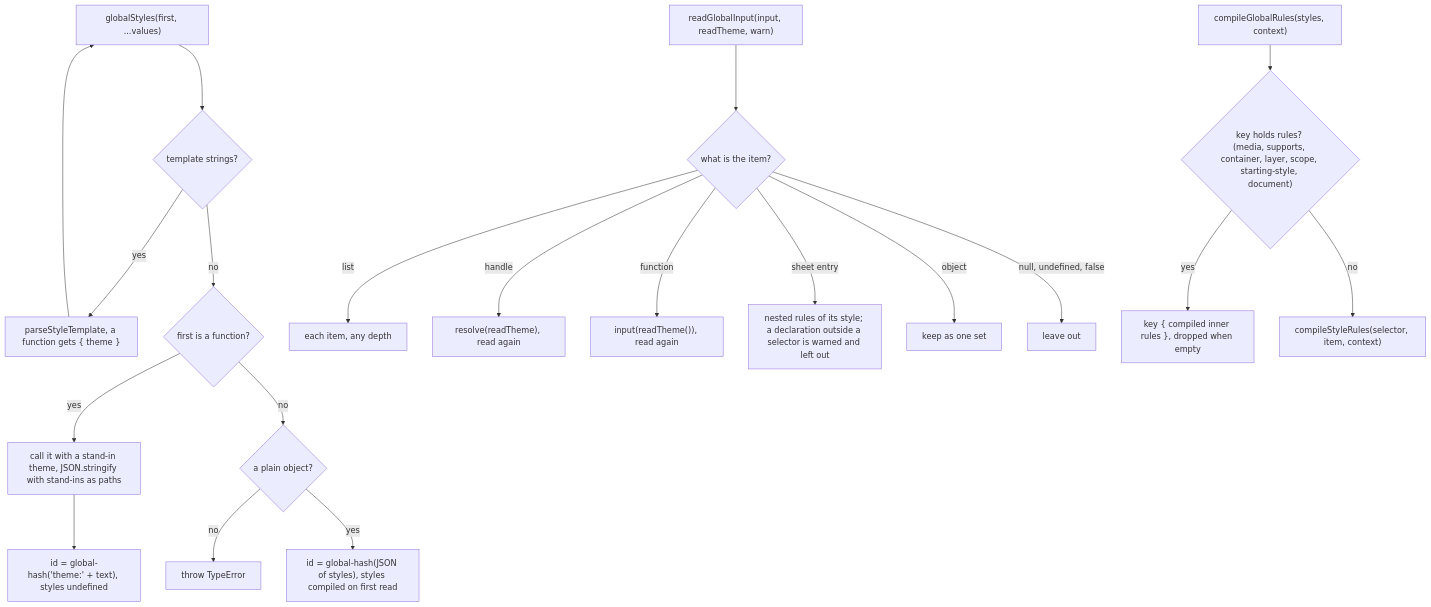
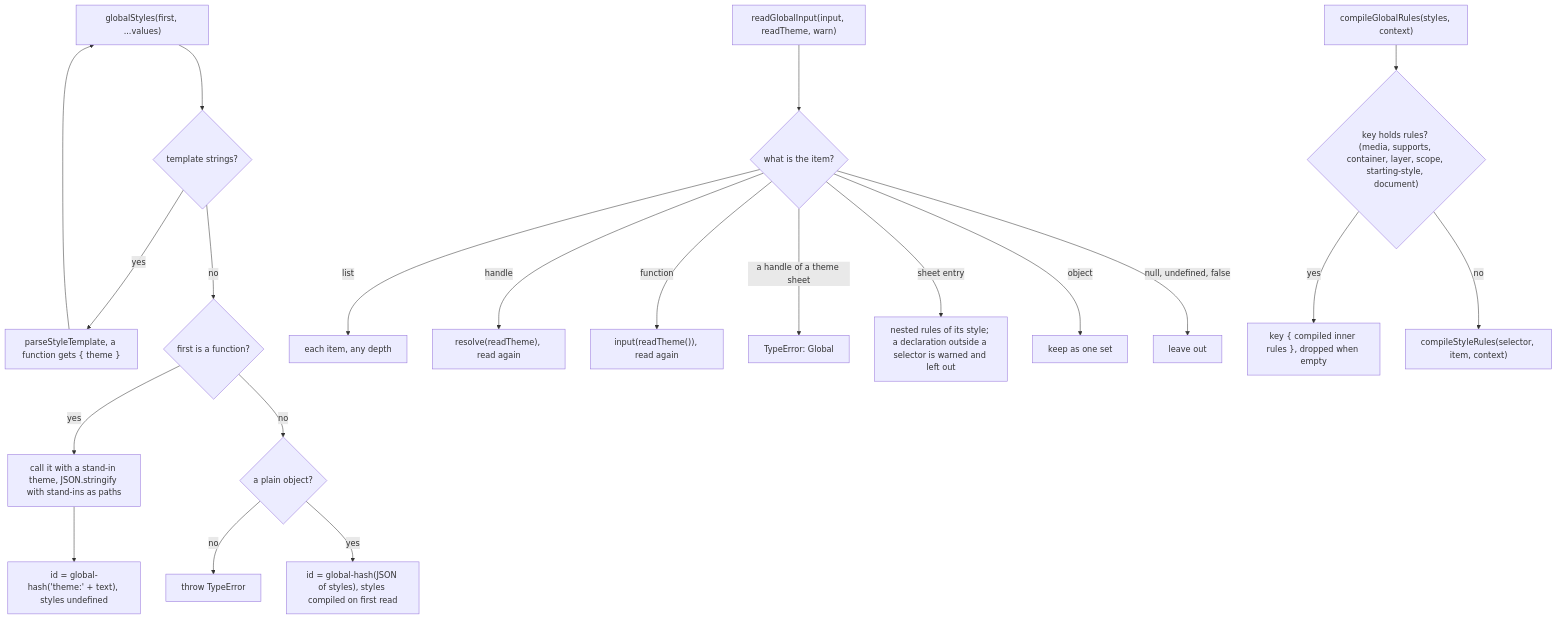
The diagram in packages/core/src/globalStyles.md (soroush-tech/umber-style), drawn with Mermaid before and after one commit. The commit also changed other lines of this file and 80 other files, not shown here.

Commit message:
feat: a styled component resolves an entry of a theme sheet given to its style prop with no useStyle, and SheetStyleProp types a style prop of sheet entries in every binding - close #88, close #89

````diff
--- a/packages/core/src/globalStyles.md
+++ b/packages/core/src/globalStyles.md
@@ -22,22 +22,23 @@
 ```mermaid
 flowchart TD
   callNode["globalStyles(first, ...values)"] --> tpl{"template strings?"}
   tpl -->|yes| parse["parseStyleTemplate, a function gets { theme }"]
   parse --> callNode
   tpl -->|no| fn{"first is a function?"}
   fn -->|yes| show["call it with a stand-in theme, JSON.stringify with stand-ins as paths"]
   show --> hfn["id = global-hash('theme:' + text), styles undefined"]
   fn -->|no| obj{"a plain object?"}
   obj -->|no| err["throw TypeError"]
   obj -->|yes| hobj["id = global-hash(JSON of styles), styles compiled on first read"]
   in["readGlobalInput(input, readTheme, warn)"] --> kind{"what is the item?"}
   kind -->|list| each["each item, any depth"]
   kind -->|handle| res["resolve(readTheme), read again"]
   kind -->|function| callfn["input(readTheme()), read again"]
+  kind -->|"a handle of a theme sheet"| themed["TypeError: Global"]
   kind -->|sheet entry| entry["nested rules of its style; a declaration outside a selector is warned and left out"]
   kind -->|object| keep["keep as one set"]
   kind -->|null, undefined, false| drop["leave out"]
   comp["compileGlobalRules(styles, context)"] --> key{"key holds rules? (media, supports, container, layer, scope, starting-style, document)"}
   key -->|yes| group["key { compiled inner rules }, dropped when empty"]
   key -->|no| flat["compileStyleRules(selector, item, context)"]
 ```
````
